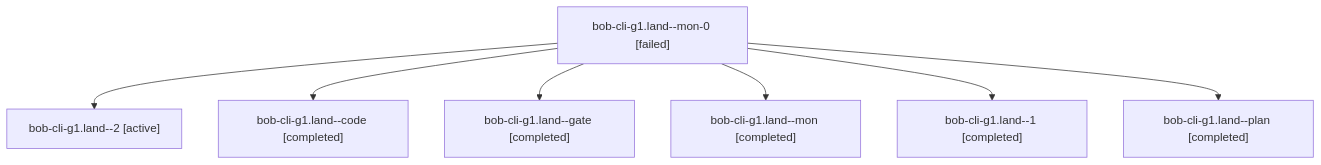
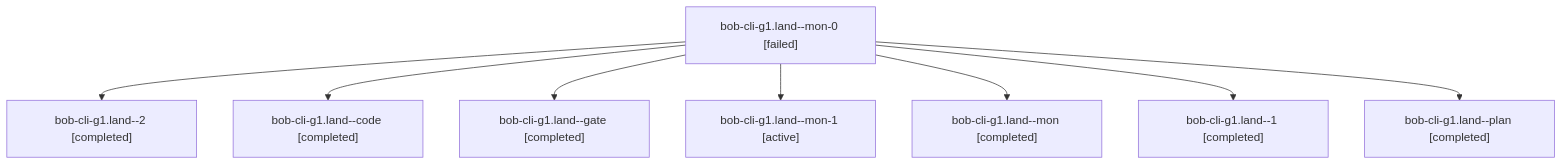
The diagram in sessions/bbugyi200.athena.bob-cli-g1.land.md (bobs-org/bob-cli--agents), drawn with Mermaid before and after one commit. The commit also changed other lines of this file and 25 other files, not shown here.

````diff
--- a/sessions/bbugyi200.athena.bob-cli-g1.land.md
+++ b/sessions/bbugyi200.athena.bob-cli-g1.land.md
@@ -9,16 +9,18 @@
 ```mermaid
 flowchart TD
   n0["bob-cli-g1.land--mon-0 [failed]"]
-  n1["bob-cli-g1.land--2 [active]"]
+  n1["bob-cli-g1.land--2 [completed]"]
   n0 --> n1
   n2["bob-cli-g1.land--code [completed]"]
   n0 --> n2
   n3["bob-cli-g1.land--gate [completed]"]
   n0 --> n3
-  n4["bob-cli-g1.land--mon [completed]"]
+  n4["bob-cli-g1.land--mon-1 [active]"]
   n0 --> n4
-  n5["bob-cli-g1.land--1 [completed]"]
+  n5["bob-cli-g1.land--mon [completed]"]
   n0 --> n5
-  n6["bob-cli-g1.land--plan [completed]"]
+  n6["bob-cli-g1.land--1 [completed]"]
   n0 --> n6
+  n7["bob-cli-g1.land--plan [completed]"]
+  n0 --> n7
 ```
````
